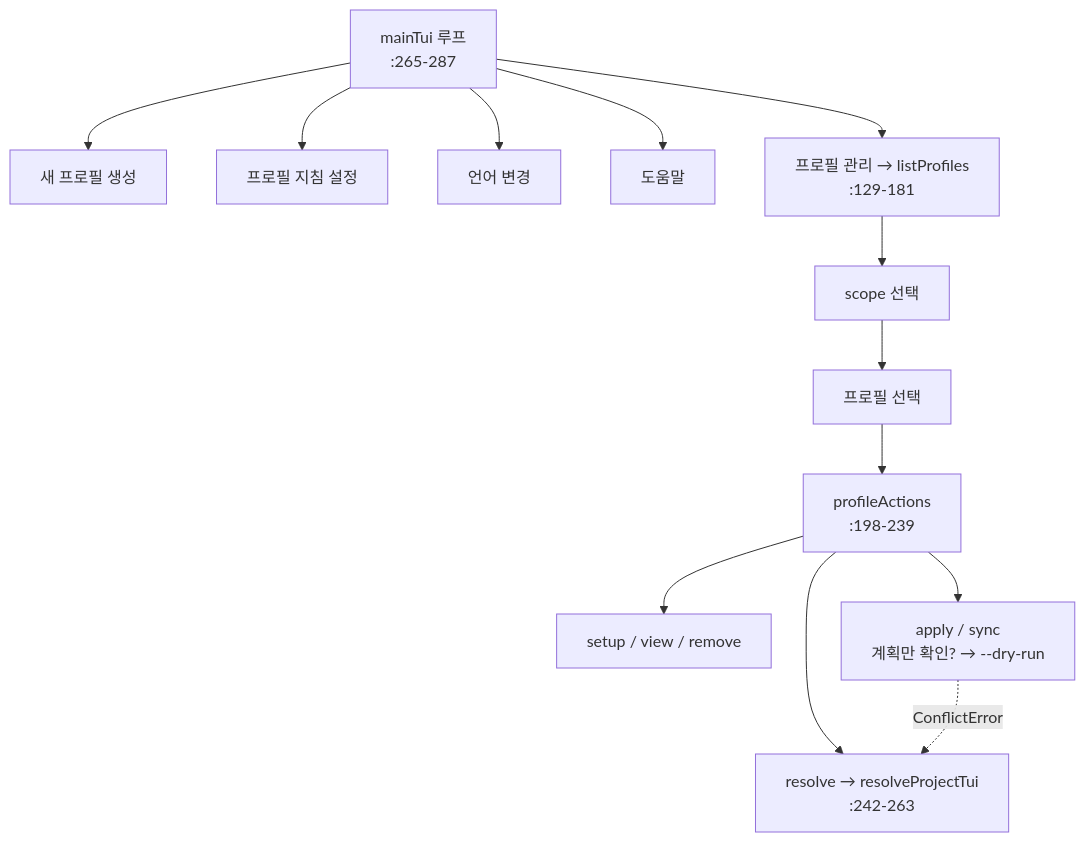
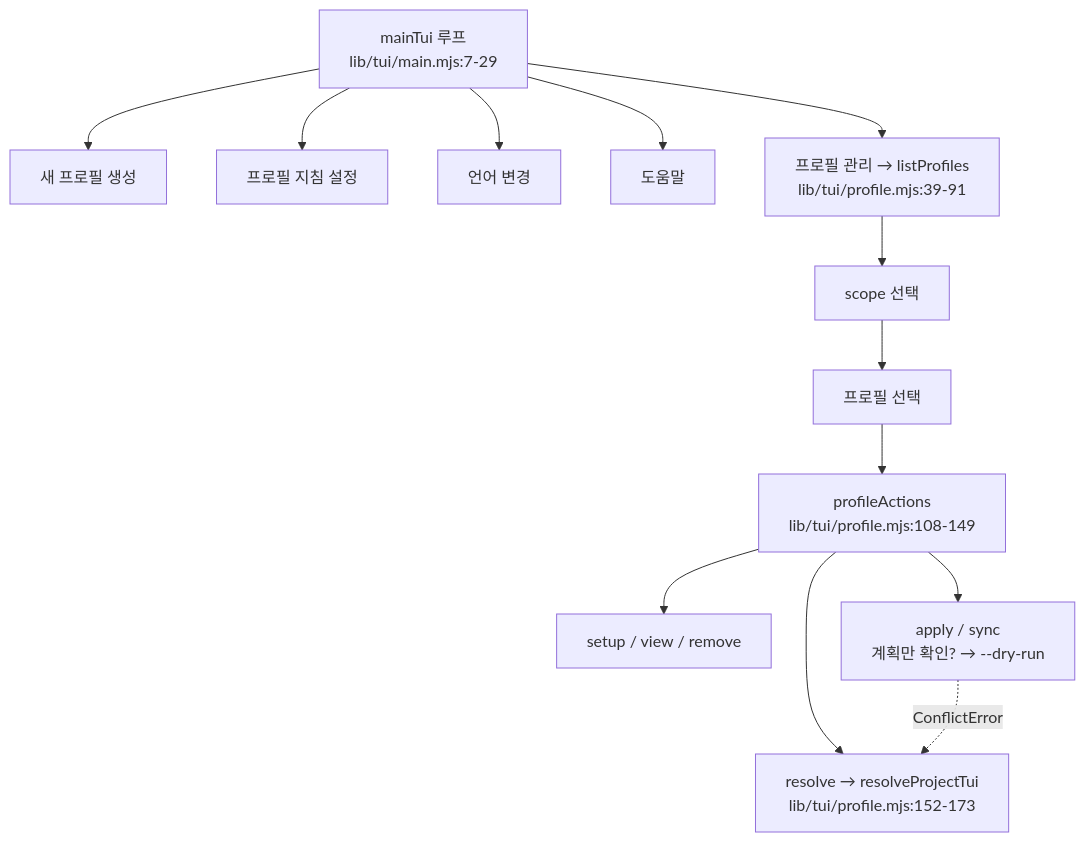
One commit to IsthisLee/agent-context-manager changed the seventh of 8 diagrams in docs/architecture/implementation-mechanics.md. Above: the diagram before and after it, drawn with Mermaid. The commit also changed other lines of this file and 39 other files, not shown here.

````diff
--- a/docs/architecture/implementation-mechanics.md
+++ b/docs/architecture/implementation-mechanics.md
@@ -339,15 +347,15 @@
 ```mermaid
 flowchart TD
-  M["mainTui 루프<br/>:265-287"] --> C1["새 프로필 생성"]
+  M["mainTui 루프<br/>lib/tui/main.mjs:7-29"] --> C1["새 프로필 생성"]
   M --> C2["프로필 지침 설정"]
   M --> C3["언어 변경"]
   M --> C4["도움말"]
-  M --> MG["프로필 관리 → listProfiles<br/>:129-181"]
+  M --> MG["프로필 관리 → listProfiles<br/>lib/tui/profile.mjs:39-91"]
   MG --> SC["scope 선택"]
   SC --> SEL["프로필 선택"]
-  SEL --> ACT["profileActions<br/>:198-239"]
+  SEL --> ACT["profileActions<br/>lib/tui/profile.mjs:108-149"]
   ACT --> A1["setup / view / remove"]
   ACT --> A2["apply / sync<br/>계획만 확인? → --dry-run"]
-  ACT --> A3["resolve → resolveProjectTui<br/>:242-263"]
+  ACT --> A3["resolve → resolveProjectTui<br/>lib/tui/profile.mjs:152-173"]
   A2 -.->|"ConflictError"| A3
 ```
````
